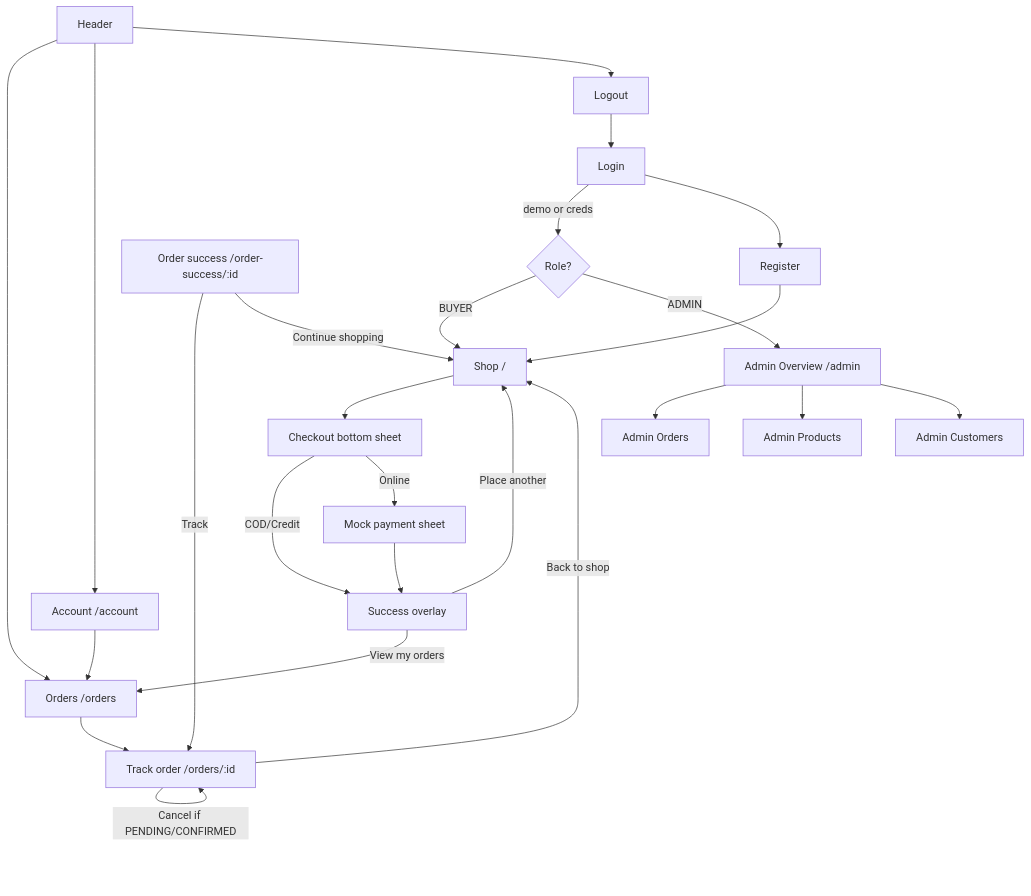
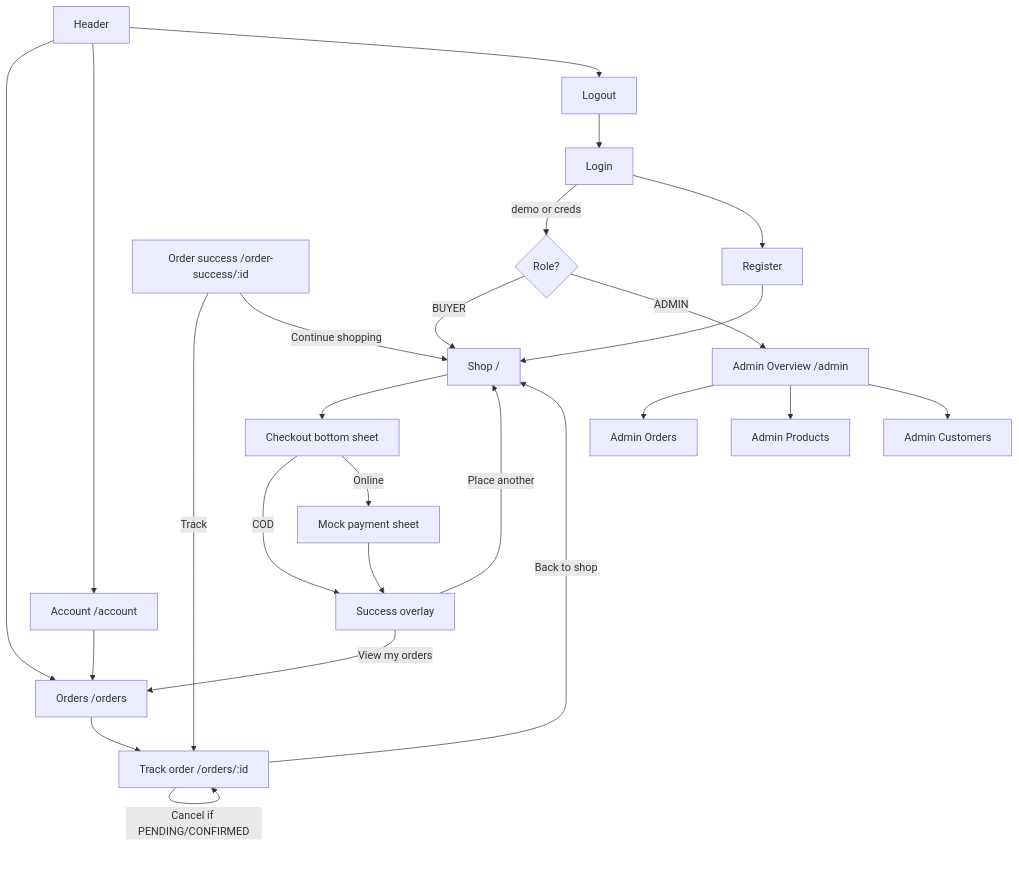
Before and after one commit to sumanthrb94-sudo/FreshKart: the diagram in docs/DESIGN_BRIEF.md, drawn with Mermaid. The commit also changed other lines of this file and 9 other files, not shown here.

````diff
--- a/docs/DESIGN_BRIEF.md
+++ b/docs/DESIGN_BRIEF.md
@@ -253,28 +252,28 @@
 ```mermaid
 flowchart TD
   L[Login] -->|demo or creds| H{Role?}
   R[Register] --> Shop
   L --> R
   H -->|BUYER| Shop[Shop /]
   H -->|ADMIN| AD[Admin Overview /admin]
 
   Shop --> CART[Checkout bottom sheet]
-  CART -->|COD/Credit| OK[Success overlay]
+  CART -->|COD| OK[Success overlay]
   CART -->|Online| PAY[Mock payment sheet] --> OK
   OK -->|Place another| Shop
   OK -->|View my orders| OL[Orders /orders]
   OS[Order success /order-success/:id] -->|Track| OT
   OS -->|Continue shopping| Shop
   OL --> OT[Track order /orders/:id]
   OT -->|Back to shop| Shop
   OT -->|Cancel if PENDING/CONFIRMED| OT
 
   HEAD[Header] --> OL
   HEAD --> ACC[Account /account]
   HEAD --> LOGOUT[Logout] --> L
   ACC --> OL
 
   AD --> AO[Admin Orders]
   AD --> AP[Admin Products]
   AD --> AC[Admin Customers]
 ```
````
